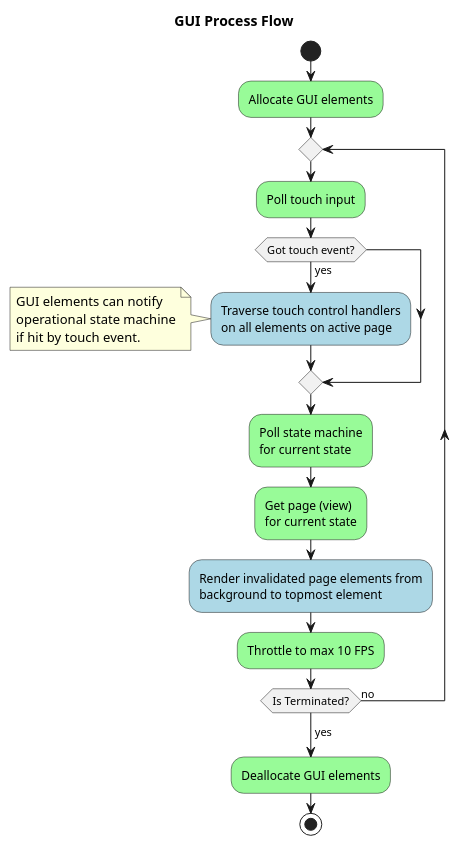
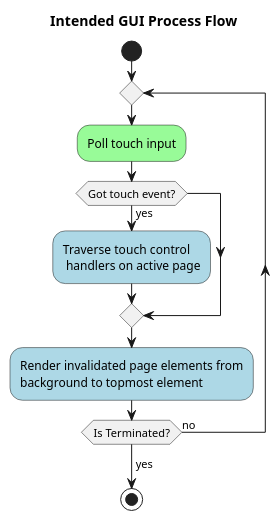
Before and after one commit to rsps/rsp-core-library: the diagram in docs/uml/Intended GUI Process Flow.puml, drawn with PlantUML. The commit also changed 3 other files, not shown here.

First line of the commit message:
GUI architecture is ready

```diff
--- a/docs/uml/Intended GUI Process Flow.puml
+++ b/docs/uml/Intended GUI Process Flow.puml
@@ -1,24 +1,16 @@
 @startuml
 
-title GUI Process Flow
-
-'object "Operational state machine" as sm
+title Intended GUI Process Flow
 
 start
-#palegreen:Allocate GUI elements;
 repeat
     #palegreen:Poll touch input;
     if (Got touch event?) then (yes)
-        #lightblue:Traverse touch control handlers\non all elements on active page;
-        note left: GUI elements can notify\noperational state machine\nif hit by touch event.
+        #lightblue:Traverse touch control\n handlers on active page;
     endif
-    #palegreen:Poll state machine\nfor current state;
-    #palegreen:Get page (view)\nfor current state;
     #lightblue:Render invalidated page elements from\nbackground to topmost element;
-    #palegreen:Throttle to max 10 FPS; 
 repeat while (Is Terminated?) is (no)
 ->yes;
-#palegreen:Deallocate GUI elements;
 stop
 
 @enduml
```
